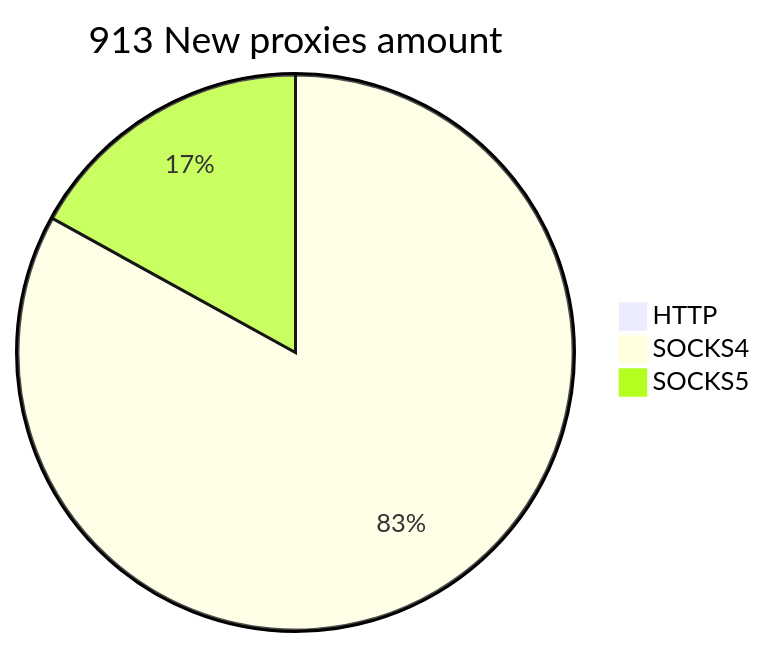
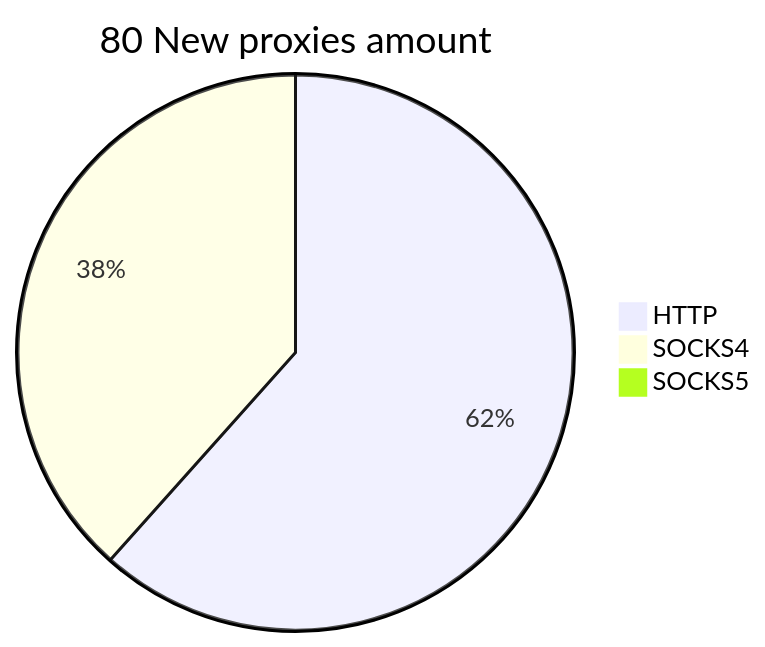
One commit to cutipu/proxylist changed the second of 2 diagrams in README.md. Above: the diagram before and after it, drawn with Mermaid. The commit also changed other lines of this file, not shown here.

````diff
--- a/README.md
+++ b/README.md
@@ -10,6 +10,6 @@
 ```mermaid
-pie title 913 New proxies amount
-    "HTTP" : 0
-    "SOCKS4" : 807
-    "SOCKS5" : 165
+pie title 80 New proxies amount
+    "HTTP" : 77
+    "SOCKS4" : 48
+    "SOCKS5" : 0
 ```
````
